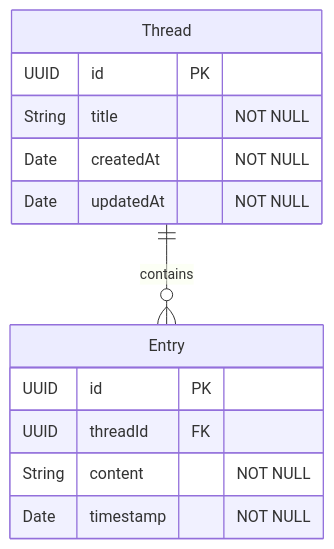
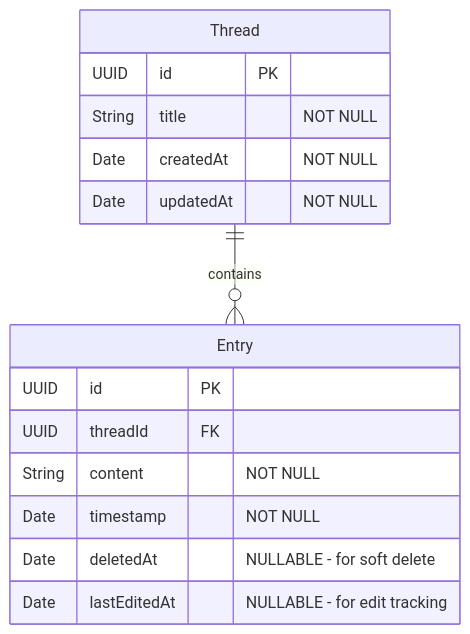
One commit to ericzhou129/ThreadJournal2 changed the second of 9 diagrams in Engineering/Technical-Implementation-Plan.md. Above: the diagram before and after it, drawn with Mermaid. The commit also changed other lines of this file and 5 other files, not shown here.

First line of the commit message:
docs: add edit/delete functionality design and specifications

````diff
--- a/Engineering/Technical-Implementation-Plan.md
+++ b/Engineering/Technical-Implementation-Plan.md
@@ -63,18 +63,20 @@
 ```mermaid
 erDiagram
     Thread {
         UUID id PK
         String title "NOT NULL"
         Date createdAt "NOT NULL"
         Date updatedAt "NOT NULL"
     }
     
     Entry {
         UUID id PK
         UUID threadId FK
         String content "NOT NULL"
         Date timestamp "NOT NULL"
+        Date deletedAt "NULLABLE - for soft delete"
+        Date lastEditedAt "NULLABLE - for edit tracking"
     }
     
     Thread ||--o{ Entry : contains
 ```
````
